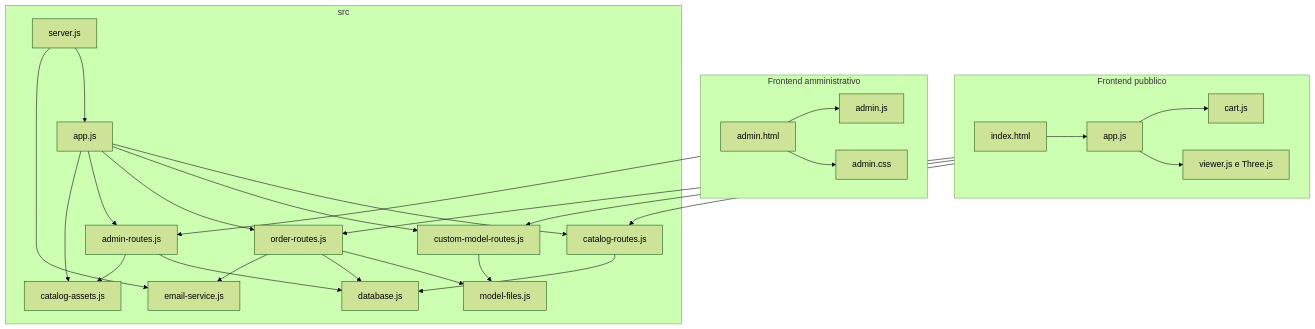
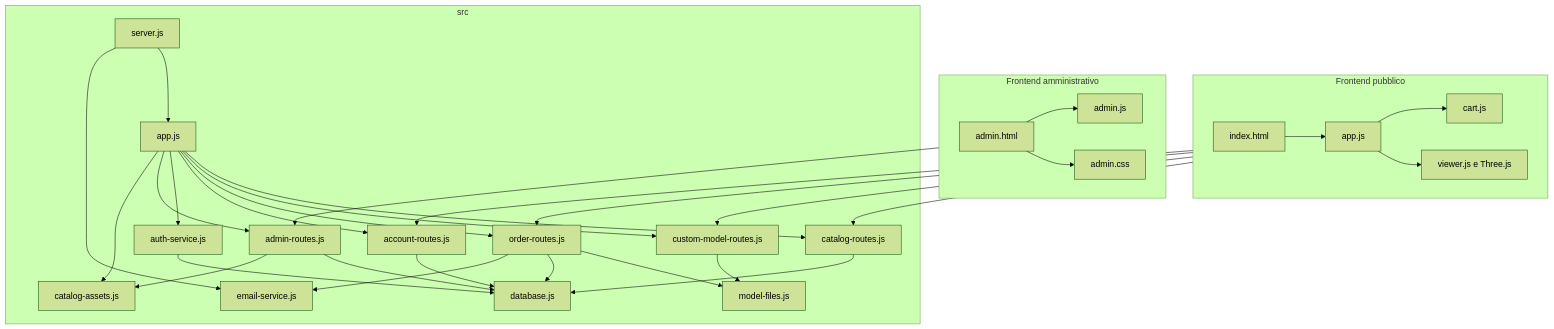
One commit to Moffoletta/pixel-print-lab changed the second of 4 diagrams in docs/ARCHITETTURA.md. Above: the diagram before and after it, drawn with Mermaid (forest theme). The commit also changed other lines of this file and 19 other files, not shown here.

````diff
--- a/docs/ARCHITETTURA.md
+++ b/docs/ARCHITETTURA.md
@@ -77,52 +82,59 @@
 ```mermaid
 flowchart TB
   subgraph FrontendPubblico[Frontend pubblico]
     Index[index.html]
     AppPub[app.js]
     Cart[cart.js]
     Viewer[viewer.js e Three.js]
     Index --> AppPub
     AppPub --> Cart
     AppPub --> Viewer
   end
 
   subgraph FrontendAdmin[Frontend amministrativo]
     AdminHTML[admin.html]
     AdminJS[admin.js]
     AdminCSS[admin.css]
     AdminHTML --> AdminJS
     AdminHTML --> AdminCSS
   end
 
   subgraph Backend[src]
     ServerJS[server.js]
     AppJS[app.js]
     CatalogRoutes[catalog-routes.js]
     CustomRoutes[custom-model-routes.js]
     OrderRoutes[order-routes.js]
+    AccountRoutes[account-routes.js]
+    AuthService[auth-service.js]
     AdminRoutes[admin-routes.js]
     EmailService[email-service.js]
     CatalogAssets[catalog-assets.js]
     ModelFiles[model-files.js]
     Database[database.js]
     ServerJS --> AppJS
     AppJS --> CatalogRoutes
     AppJS --> CustomRoutes
     AppJS --> OrderRoutes
+    AppJS --> AccountRoutes
+    AppJS --> AuthService
     AppJS --> AdminRoutes
     ServerJS --> EmailService
     AppJS --> CatalogAssets
     CustomRoutes --> ModelFiles
     OrderRoutes --> ModelFiles
     CatalogRoutes --> Database
     OrderRoutes --> Database
+    AccountRoutes --> Database
+    AuthService --> Database
     AdminRoutes --> Database
     AdminRoutes --> CatalogAssets
     OrderRoutes --> EmailService
   end
 
   FrontendPubblico --> CatalogRoutes
   FrontendPubblico --> CustomRoutes
   FrontendPubblico --> OrderRoutes
+  FrontendPubblico --> AccountRoutes
   FrontendAdmin --> AdminRoutes
 ```
````
